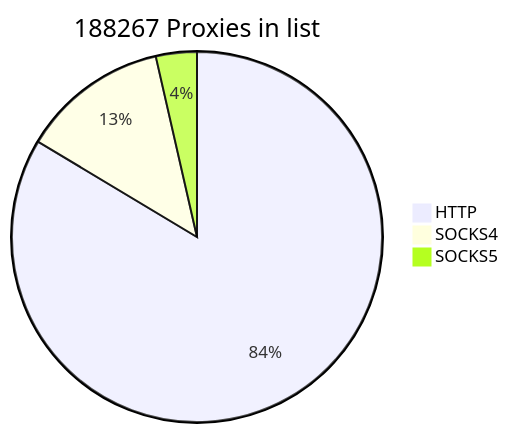
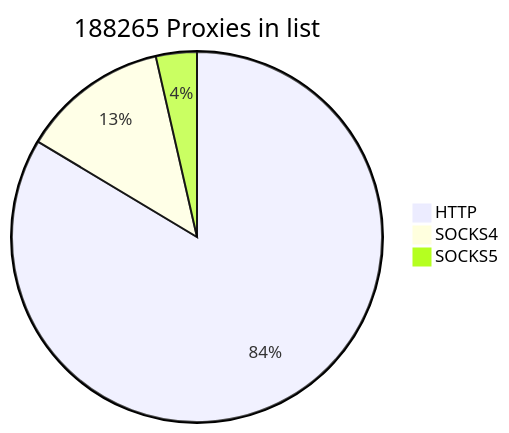
One commit to cutipu/proxylist changed the first of 2 diagrams in README.md. Above: the diagram before and after it, drawn with Mermaid. The commit also changed other lines of this file, not shown here.

````diff
--- a/README.md
+++ b/README.md
@@ -2,7 +2,7 @@
 ```mermaid
-pie title 188267 Proxies in list
-    "HTTP" : 157393
+pie title 188265 Proxies in list
+    "HTTP" : 157391
     "SOCKS4" : 24149
     "SOCKS5" : 6725
             
 ```
````
